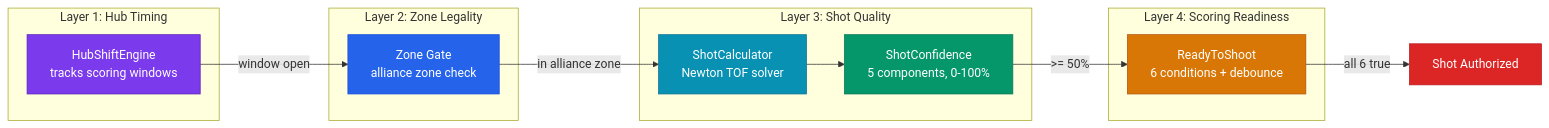
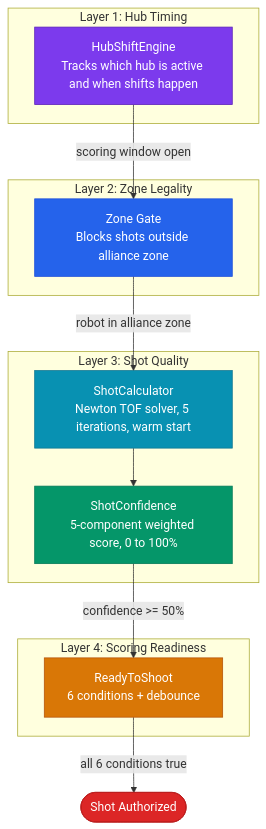
The third of 3 diagrams in docs/architecture/system-overview.md (eeveemara/frc5962-2026-docs), drawn with Mermaid before and after one commit. The commit also changed other lines of this file and 5 other files, not shown here.

Commit message:
chart clean up

````diff
--- a/docs/architecture/system-overview.md
+++ b/docs/architecture/system-overview.md
@@ -161,32 +153,33 @@
 ```mermaid
-flowchart LR
-    subgraph "Layer 1: Hub Timing"
-        HS[HubShiftEngine<br/>tracks scoring windows]
+flowchart TB
+    subgraph L1 ["Layer 1: Hub Timing"]
+        HS[HubShiftEngine\nTracks which hub is active and when shifts happen]
     end
 
-    subgraph "Layer 2: Zone Legality"
-        ZG[Zone Gate<br/>alliance zone check]
+    subgraph L2 ["Layer 2: Zone Legality"]
+        ZG[Zone Gate\nBlocks shots outside alliance zone]
     end
 
-    subgraph "Layer 3: Shot Quality"
-        SC2[ShotCalculator<br/>Newton TOF solver]
-        CONF2[ShotConfidence<br/>5 components, 0-100%]
+    subgraph L3 ["Layer 3: Shot Quality"]
+        SC2[ShotCalculator\nNewton TOF solver, 5 iterations, warm start]
+        SC2 --> CONF2[ShotConfidence\n5-component weighted score, 0 to 100%]
     end
 
-    subgraph "Layer 4: Scoring Readiness"
-        RTS2[ReadyToShoot<br/>6 conditions + debounce]
+    subgraph L4 ["Layer 4: Scoring Readiness"]
+        RTS2[ReadyToShoot\n6 conditions + debounce]
     end
 
-    HS -->|window open| ZG
-    ZG -->|in alliance zone| SC2
-    SC2 --> CONF2
-    CONF2 -->|>= 50%| RTS2
-    RTS2 -->|all 6 true| FIRE[Shot Authorized]
+    FIRE([Shot Authorized])
+
+    HS -->|scoring window open| ZG
+    ZG -->|robot in alliance zone| SC2
+    CONF2 -->|confidence >= 50%| RTS2
+    RTS2 -->|all 6 conditions true| FIRE
 
     style HS fill:#7c3aed,stroke:#5b21b6,color:#fff
     style ZG fill:#2563eb,stroke:#1d4ed8,color:#fff
     style SC2 fill:#0891b2,stroke:#0e7490,color:#fff
     style CONF2 fill:#059669,stroke:#047857,color:#fff
     style RTS2 fill:#d97706,stroke:#b45309,color:#fff
     style FIRE fill:#dc2626,stroke:#b91c1c,color:#fff
 ```
````
